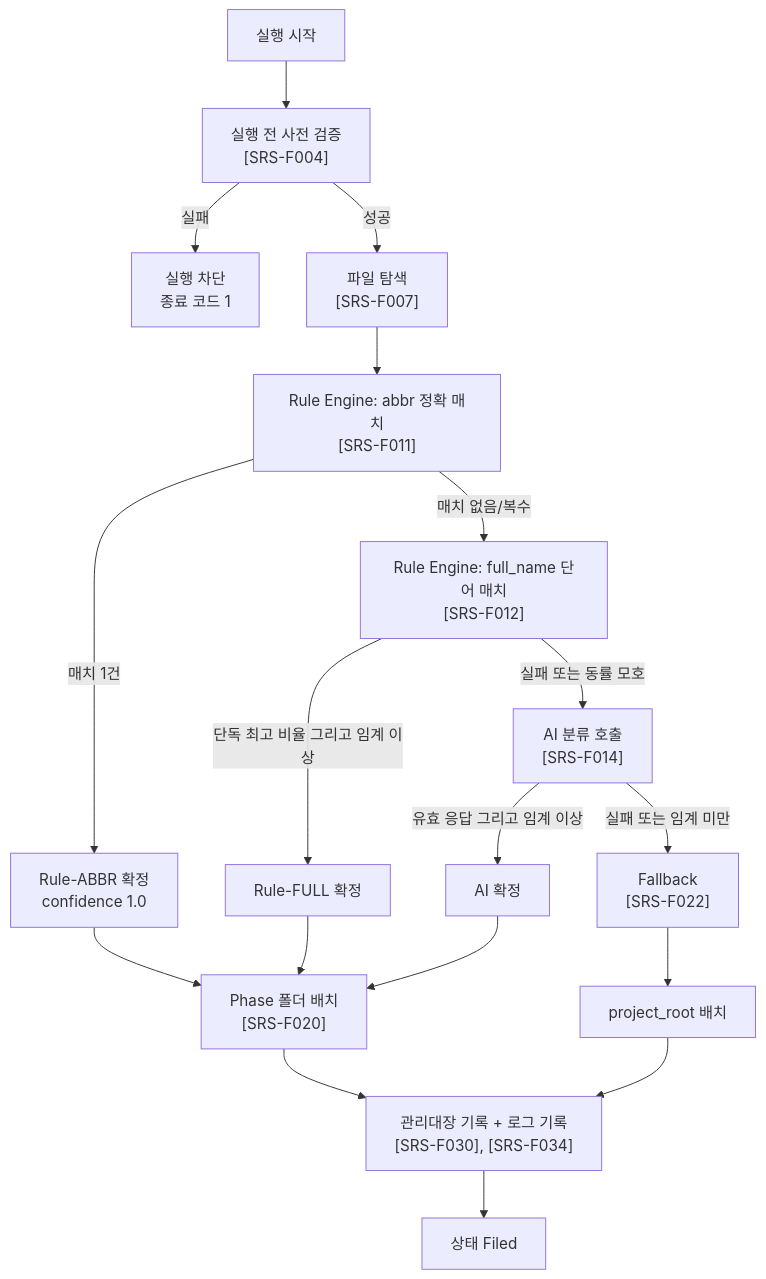
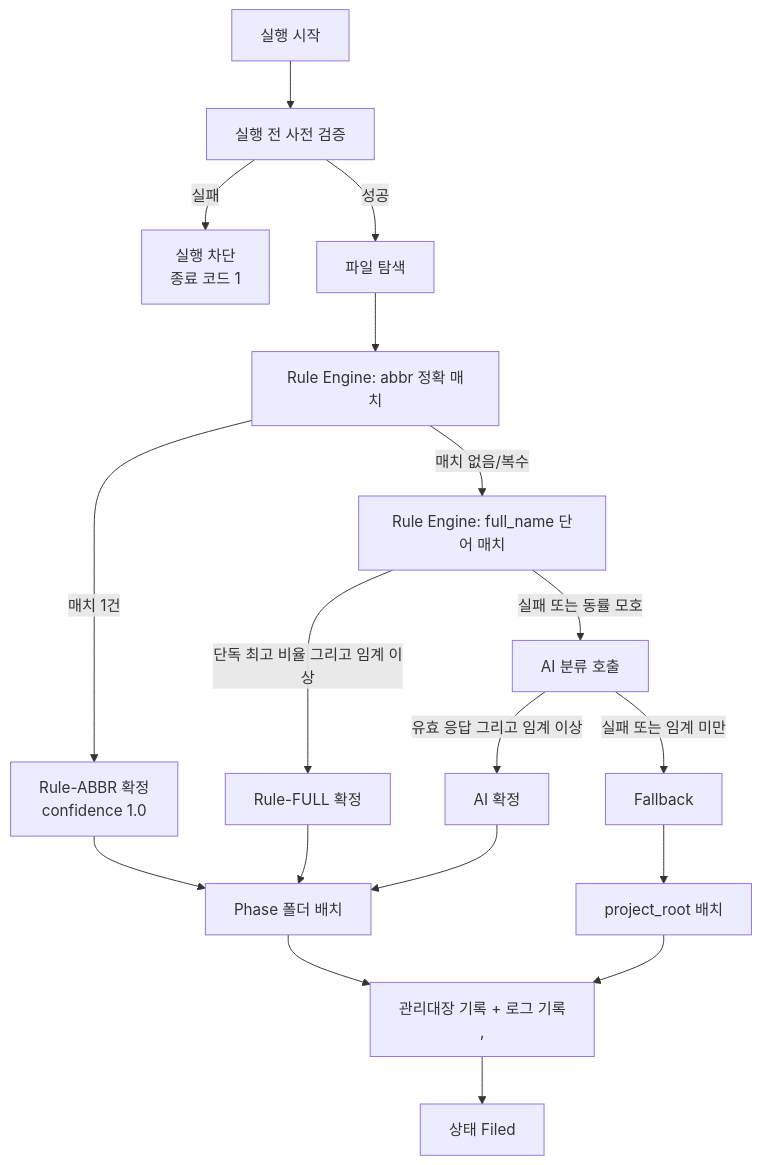
Before and after one commit to jby2199/IDMA: the diagram in docs/2.Requirement/SRS.md, drawn with Mermaid. The commit also changed other lines of this file and 3 other files, not shown here.

````diff
--- a/docs/2.Requirement/SRS.md
+++ b/docs/2.Requirement/SRS.md
@@ -115,20 +115,20 @@
 ```mermaid
 flowchart TD
-    A["실행 시작"] --> B["실행 전 사전 검증<br/>[SRS-F004]"]
+    A["실행 시작"] --> B["실행 전 사전 검증<br/><SRS-F004>"]
     B -->|실패| Z["실행 차단<br/>종료 코드 1"]
-    B -->|성공| C["파일 탐색<br/>[SRS-F007]"]
-    C --> D["Rule Engine: abbr 정확 매치<br/>[SRS-F011]"]
+    B -->|성공| C["파일 탐색<br/><SRS-F007>"]
+    C --> D["Rule Engine: abbr 정확 매치<br/><SRS-F011>"]
     D -->|매치 1건| R1["Rule-ABBR 확정<br/>confidence 1.0"]
-    D -->|매치 없음/복수| E["Rule Engine: full_name 단어 매치<br/>[SRS-F012]"]
+    D -->|매치 없음/복수| E["Rule Engine: full_name 단어 매치<br/><SRS-F012>"]
     E -->|단독 최고 비율 그리고 임계 이상| R2["Rule-FULL 확정"]
-    E -->|실패 또는 동률 모호| F["AI 분류 호출<br/>[SRS-F014]"]
+    E -->|실패 또는 동률 모호| F["AI 분류 호출<br/><SRS-F014>"]
     F -->|유효 응답 그리고 임계 이상| R3["AI 확정"]
-    F -->|실패 또는 임계 미만| G["Fallback<br/>[SRS-F022]"]
-    R1 --> H["Phase 폴더 배치<br/>[SRS-F020]"]
+    F -->|실패 또는 임계 미만| G["Fallback<br/><SRS-F022>"]
+    R1 --> H["Phase 폴더 배치<br/><SRS-F020>"]
     R2 --> H
     R3 --> H
     G --> I["project_root 배치"]
-    H --> J["관리대장 기록 + 로그 기록<br/>[SRS-F030], [SRS-F034]"]
+    H --> J["관리대장 기록 + 로그 기록<br/><SRS-F030>, <SRS-F034>"]
     I --> J
     J --> K["상태 Filed"]
 ```
````
